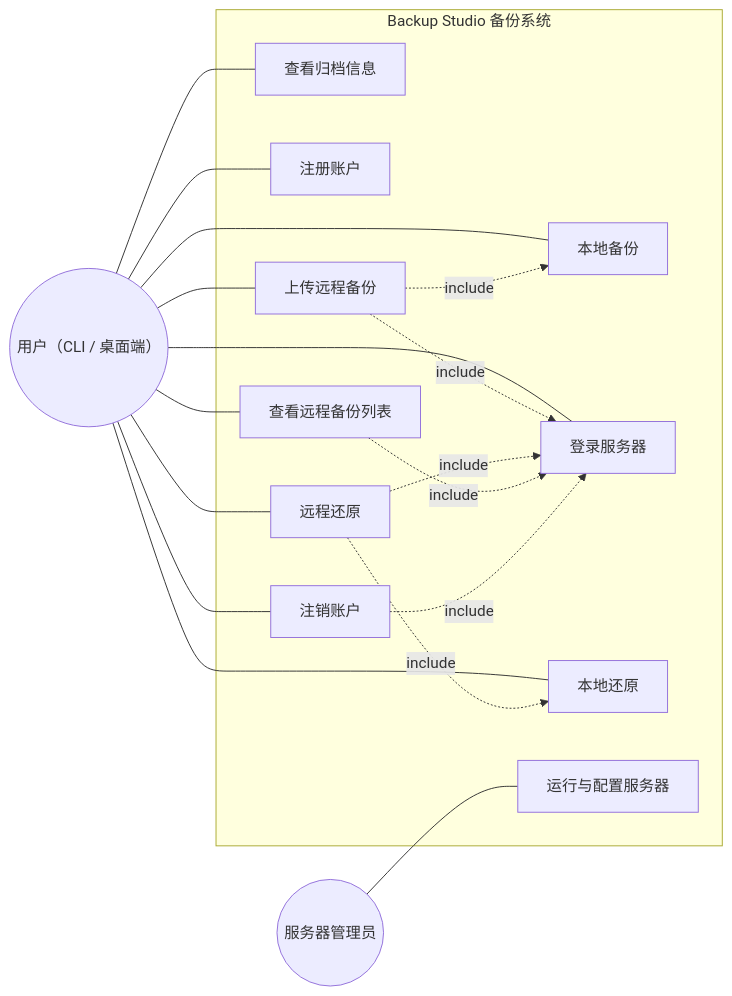
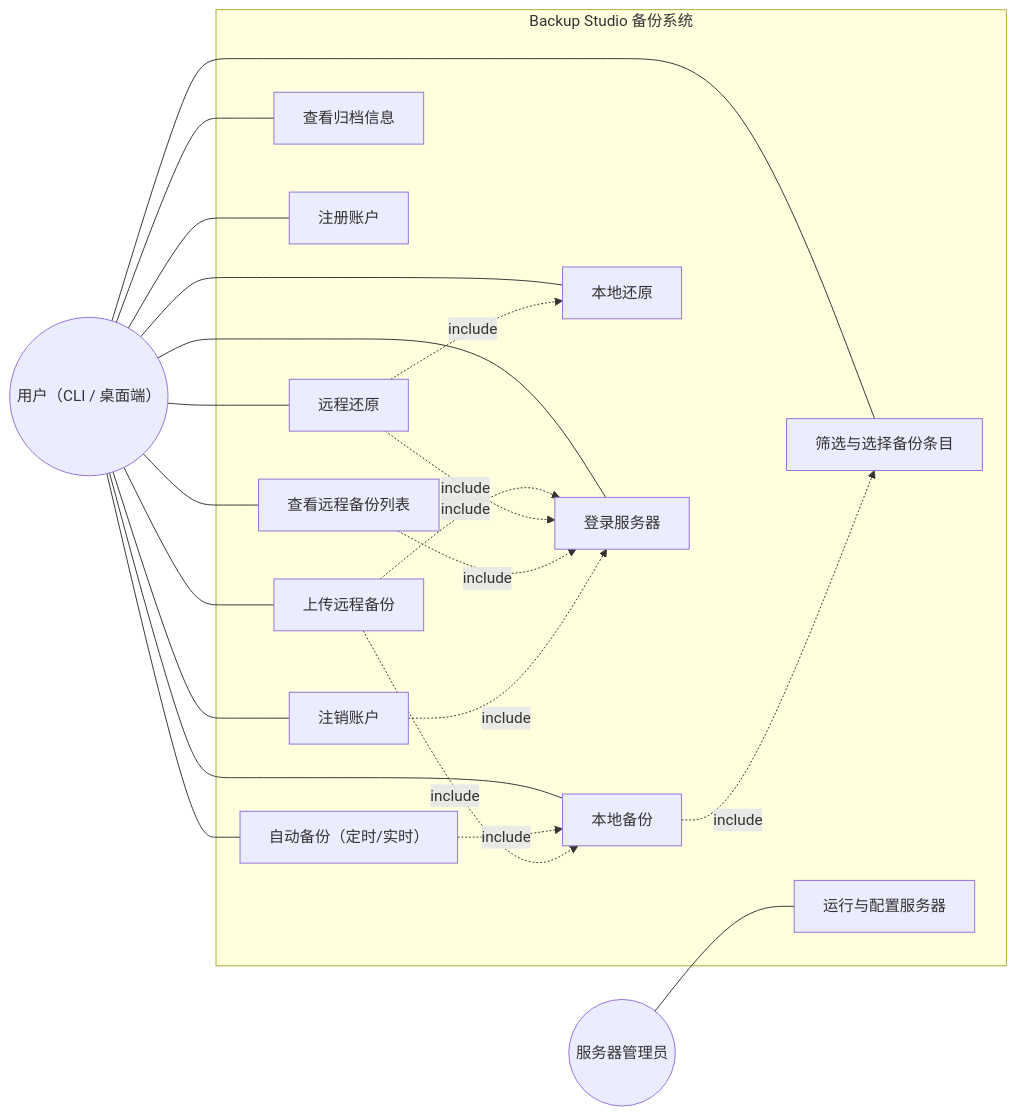
The diagram in docs/mermaid/use-cases.mmd (ByerScipt/backup_system), drawn with Mermaid before and after one commit. The commit also changed 53 other files, not shown here.

Commit message:
v1.12.0: automatic snapshots, incremental upload, verified TLS, and system hardening

```diff
--- a/docs/mermaid/use-cases.mmd
+++ b/docs/mermaid/use-cases.mmd
@@ -1,31 +1,37 @@
 flowchart LR
     actor_user((用户（CLI / 桌面端）))
     actor_admin((服务器管理员))
     subgraph SYS[Backup Studio 备份系统]
         uc_local_backup["本地备份"]
+        uc_automatic_backup["自动备份（定时/实时）"]
+        uc_select_entries["筛选与选择备份条目"]
         uc_inspect["查看归档信息"]
-        uc_login["登录服务器"]
         uc_local_restore["本地还原"]
         uc_register["注册账户"]
+        uc_login["登录服务器"]
+        uc_upload["上传远程备份"]
         uc_list["查看远程备份列表"]
-        uc_upload["上传远程备份"]
         uc_remote_restore["远程还原"]
         uc_delete_account["注销账户"]
         uc_run_server["运行与配置服务器"]
     end
     actor_user --- uc_local_backup
+    actor_user --- uc_automatic_backup
+    actor_user --- uc_select_entries
     actor_user --- uc_inspect
-    actor_user --- uc_login
     actor_user --- uc_local_restore
     actor_user --- uc_register
+    actor_user --- uc_login
+    actor_user --- uc_upload
     actor_user --- uc_list
-    actor_user --- uc_upload
     actor_user --- uc_remote_restore
     actor_user --- uc_delete_account
     actor_admin --- uc_run_server
+    uc_automatic_backup -.->|include| uc_local_backup
+    uc_local_backup -.->|include| uc_select_entries
     uc_upload -.->|include| uc_local_backup
     uc_upload -.->|include| uc_login
     uc_remote_restore -.->|include| uc_login
     uc_remote_restore -.->|include| uc_local_restore
     uc_list -.->|include| uc_login
     uc_delete_account -.->|include| uc_login
```
